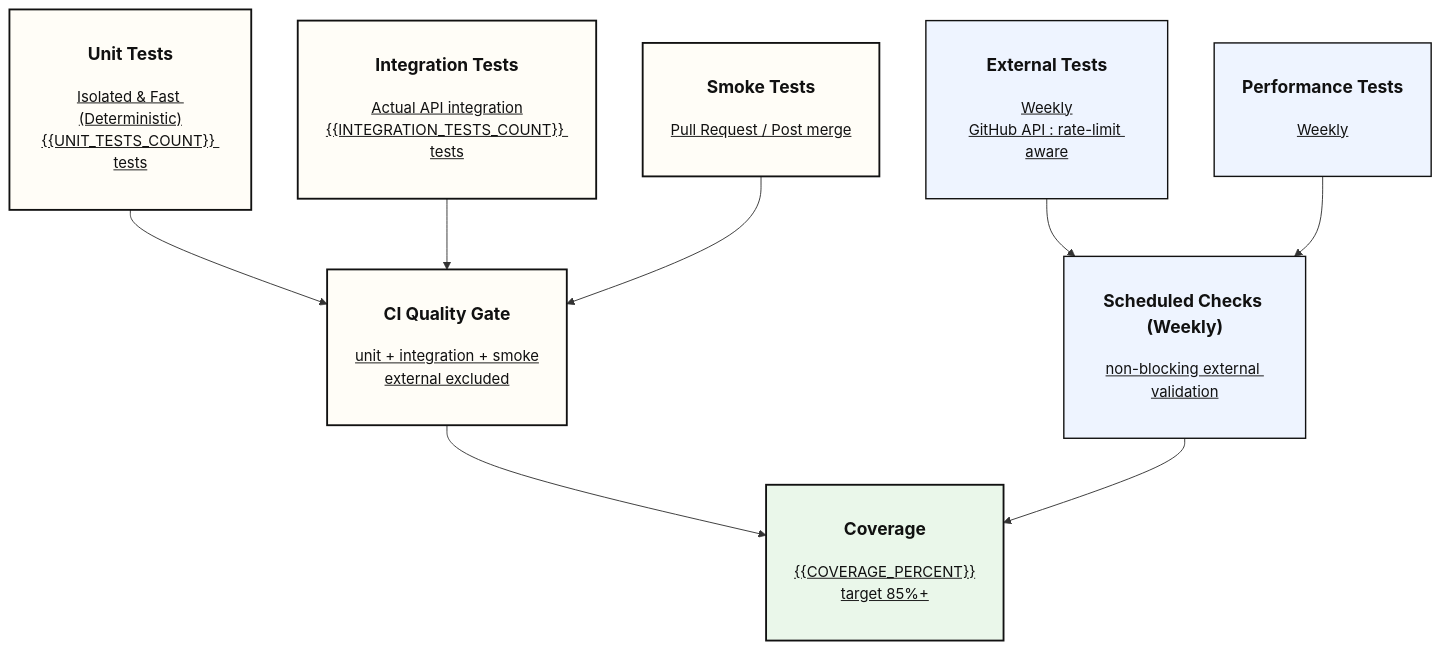
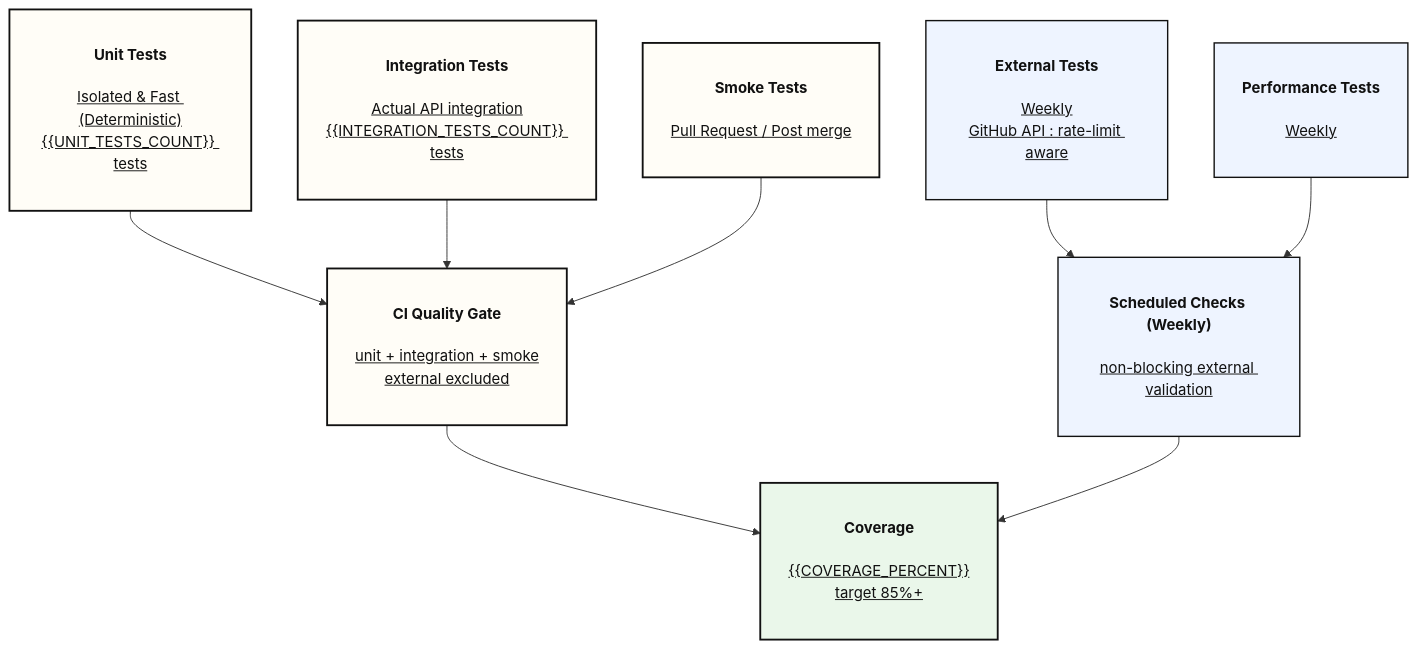
One commit to yaoki-dev/api-test-devops-portfolio changed the third of 4 diagrams in README.md. Above: the diagram before and after it, drawn with Mermaid. The commit also changed other lines of this file and 2 other files, not shown here.

````diff
--- a/README.md
+++ b/README.md
@@ -179,36 +182,36 @@
 ```mermaid
 flowchart TD
-    A["<h3>Unit Tests</h3><u>Isolated & Fast (Deterministic)<br/>{{UNIT_TESTS_COUNT}} tests</u>
+    A["<h4>Unit Tests</h4><u>Isolated & Fast (Deterministic)<br/>{{UNIT_TESTS_COUNT}} tests</u>
     <br/>"]
-    B["<h3>Integration Tests</h3><u>Actual API integration<br/>{{INTEGRATION_TESTS_COUNT}} tests</u>
+    B["<h4>Integration Tests</h4><u>Actual API integration<br/>{{INTEGRATION_TESTS_COUNT}} tests</u>
     <br/>"]
-    G["<h3>Smoke Tests</h3><u>Pull Request / Post merge</u>
+    G["<h4>Smoke Tests</h4><u>Pull Request / Post merge</u>
     <br/>"]
 
-    A --> C["<h3>CI Quality Gate</h3><u>unit + integration + smoke<br/>external excluded</u>
+    A --> C["<h4>CI Quality Gate</h4><u>unit + integration + smoke<br/>external excluded</u>
     <br/>"]
     B --> C
     G --> C
 
-    D["<h3>External Tests</h3><u>Weekly<br/>GitHub API : rate-limit aware</u>
+    D["<h4>External Tests</h4><u>Weekly<br/>GitHub API : rate-limit aware</u>
     <br/>"]
-    F["<h3>Performance Tests</h3><u>Weekly</u>
+    F["<h4>Performance Tests</h4><u>Weekly</u>
     <br/>"]
 
-    D --> E["<h3>Scheduled Checks (Weekly)</h3><u>non-blocking external validation</u>
+    D --> E["<h4>Scheduled Checks (Weekly)</h4><u>non-blocking external validation</u>
     <br/>"]
     F --> E
 
-    C --> H["<h3>Coverage</h3><u>{{COVERAGE_PERCENT}}<br/>target 85%+</u>
+    C --> H["<h4>Coverage</h4><u>{{COVERAGE_PERCENT}}<br/>target 85%+</u>
     <br/>"]
     E --> H
 
     classDef default fill:#F7F3EA,stroke:#111,stroke-width:1.5px,color:#111;
     classDef key fill:#FFFDF7,stroke:#111,stroke-width:2px,color:#111;
     classDef support fill:#EEF4FF,stroke:#111,stroke-width:1.5px,color:#111;
     classDef metric fill:#EAF7EA,stroke:#111,stroke-width:2px,color:#111;
 
     class A,B,C,G key;
     class D,E,F support;
     class H metric;
 ```
````
